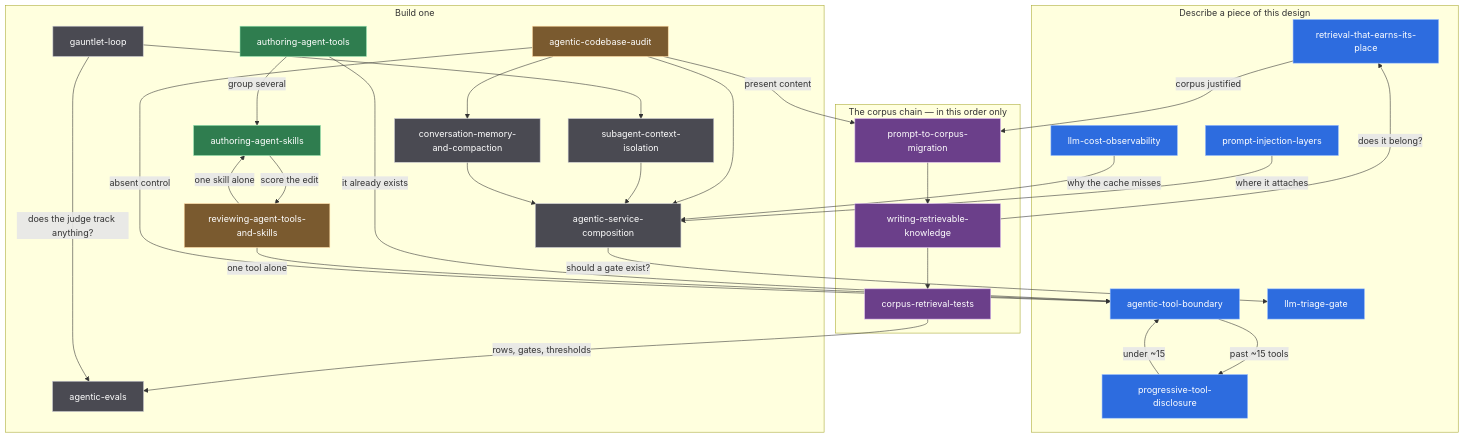
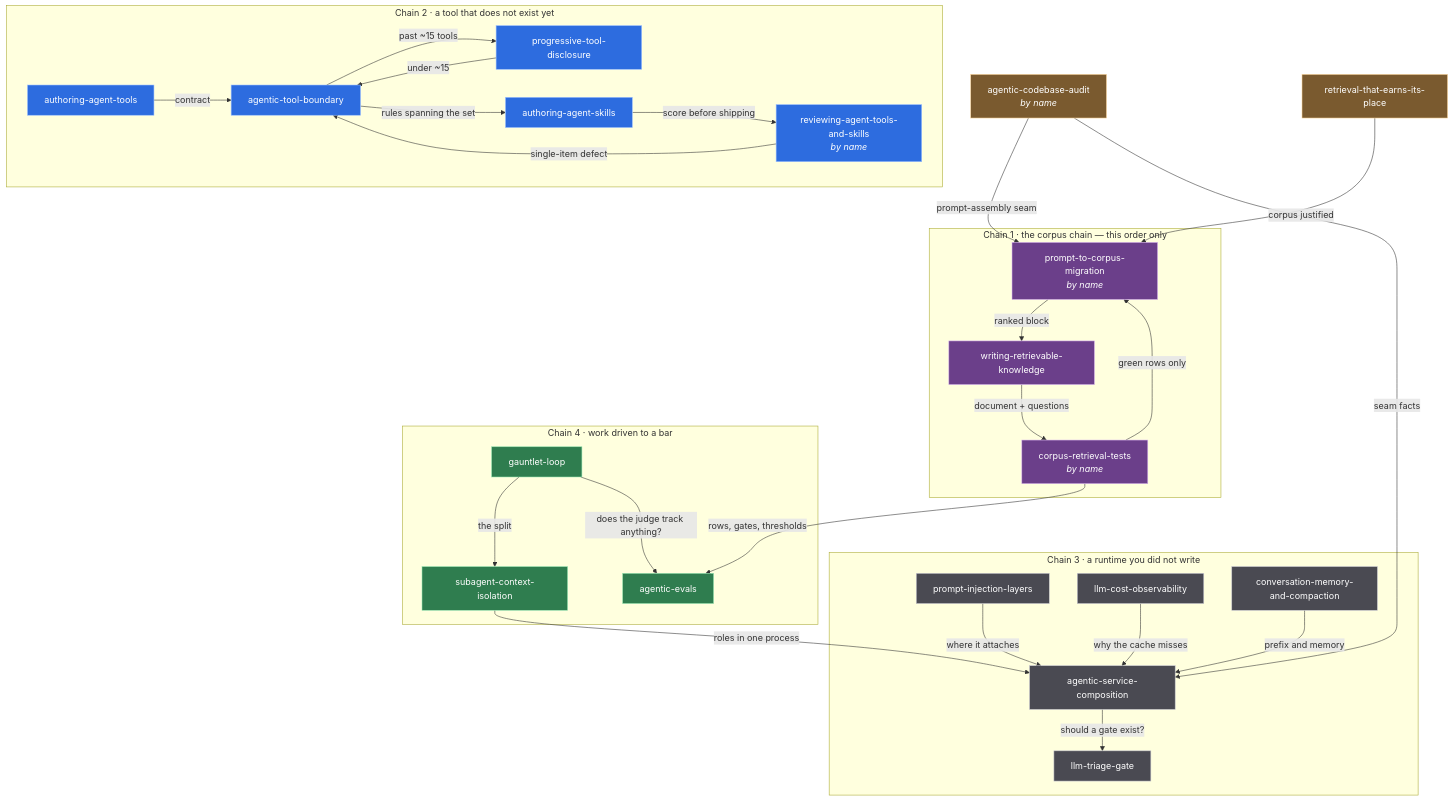
One commit to rodrigorjsf/java-micronaut-langchain4j-poc changed the diagram in docs/06-skills.md. Above: the diagram before and after it, drawn with Mermaid. The commit also changed other lines of this file, not shown here.

````diff
--- a/docs/06-skills.md
+++ b/docs/06-skills.md
@@ -44,65 +75,69 @@
 ```mermaid
 flowchart TB
-    classDef describe fill:#2d6cdf,stroke:#9ec1ff,color:#ffffff
-    classDef author fill:#2f7d4f,stroke:#9ae6b4,color:#ffffff
-    classDef sweep fill:#7a5a2f,stroke:#ffd9a0,color:#ffffff
+    classDef entry fill:#7a5a2f,stroke:#ffd9a0,color:#ffffff
     classDef corpus fill:#6b3f8a,stroke:#d9b8ef,color:#ffffff
+    classDef tools fill:#2d6cdf,stroke:#9ec1ff,color:#ffffff
     classDef runtime fill:#4a4a52,stroke:#c9c9d1,color:#ffffff
+    classDef bar fill:#2f7d4f,stroke:#9ae6b4,color:#ffffff
 
-    subgraph DESC["Describe a piece of this design"]
+    AU["agentic-codebase-audit<br/><i>by name</i>"]
+    RT["retrieval-that-earns-its-place"]
+
+    subgraph C1["Chain 1 · the corpus chain — this order only"]
+        PM["prompt-to-corpus-migration<br/><i>by name</i>"]
+        WK["writing-retrievable-knowledge"]
+        CT["corpus-retrieval-tests<br/><i>by name</i>"]
+    end
+
+    subgraph C2["Chain 2 · a tool that does not exist yet"]
+        AT["authoring-agent-tools"]
         BND["agentic-tool-boundary"]
         PD["progressive-tool-disclosure"]
-        TG["llm-triage-gate"]
-        PI["prompt-injection-layers"]
-        RT["retrieval-that-earns-its-place"]
-        CO["llm-cost-observability"]
+        AS["authoring-agent-skills"]
+        RV["reviewing-agent-tools-and-skills<br/><i>by name</i>"]
     end
 
-    subgraph BUILD["Build one"]
-        AT["authoring-agent-tools"]
-        AS["authoring-agent-skills"]
-        RV["reviewing-agent-tools-and-skills"]
-        AU["agentic-codebase-audit"]
-        EV["agentic-evals"]
+    subgraph C3["Chain 3 · a runtime you did not write"]
         SC["agentic-service-composition"]
+        PI["prompt-injection-layers"]
+        CO["llm-cost-observability"]
         MEM["conversation-memory-and-compaction"]
-        SA["subagent-context-isolation"]
-        GL["gauntlet-loop"]
+        TG["llm-triage-gate"]
     end
 
-    subgraph CORP["The corpus chain — in this order only"]
-        PM["prompt-to-corpus-migration"]
-        WK["writing-retrievable-knowledge"]
-        CT["corpus-retrieval-tests"]
+    subgraph C4["Chain 4 · work driven to a bar"]
+        GL["gauntlet-loop"]
+        SA["subagent-context-isolation"]
+        EV["agentic-evals"]
     end
 
-    AT -->|"it already exists"| BND
-    AT -->|"group several"| AS
+    RT -->|"corpus justified"| PM
+    AU -->|"prompt-assembly seam"| PM
+    PM -->|"ranked block"| WK
+    WK -->|"document + questions"| CT
+    CT -->|"green rows only"| PM
+    CT -->|"rows, gates, thresholds"| EV
+
+    AT -->|"contract"| BND
     BND -->|"past ~15 tools"| PD
     PD -->|"under ~15"| BND
-    AS -->|"score the edit"| RV
-    RV -->|"one skill alone"| AS
-    RV -->|"one tool alone"| BND
-    AU -->|"absent control"| BND
-    AU --> MEM
-    AU --> SC
-    AU -->|"present content"| PM
-    RT -->|"corpus justified"| PM
-    PM --> WK
-    WK --> CT
-    WK -->|"does it belong?"| RT
-    CT -->|"rows, gates, thresholds"| EV
-    GL --> SA
-    GL -->|"does the judge track anything?"| EV
-    SA --> SC
+    BND -->|"rules spanning the set"| AS
+    AS -->|"score before shipping"| RV
+    RV -->|"single-item defect"| BND
+
+    AU -->|"seam facts"| SC
     PI -->|"where it attaches"| SC
     CO -->|"why the cache misses"| SC
-    MEM --> SC
+    MEM -->|"prefix and memory"| SC
     SC -->|"should a gate exist?"| TG
 
-    class BND,PD,TG,PI,RT,CO describe
-    class AT,AS author
-    class RV,AU sweep
+    GL -->|"the split"| SA
+    GL -->|"does the judge track anything?"| EV
+    SA -->|"roles in one process"| SC
+
+    class AU,RT entry
     class PM,WK,CT corpus
-    class EV,SC,MEM,SA,GL runtime
+    class AT,BND,PD,AS,RV tools
+    class SC,PI,CO,MEM,TG runtime
+    class GL,SA,EV bar
 ```
````
